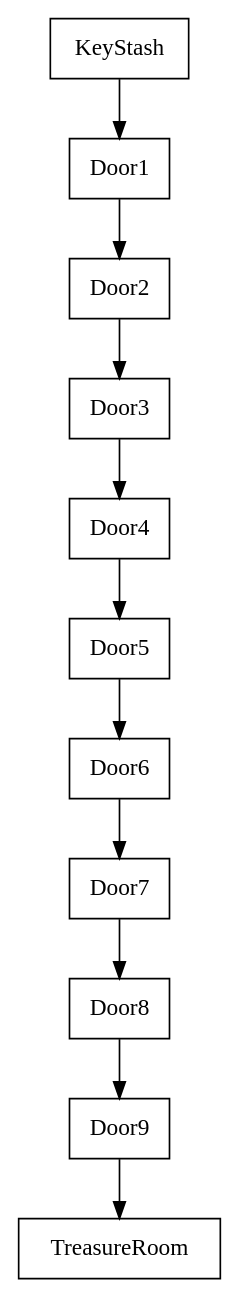
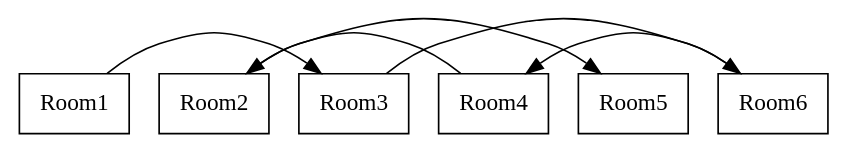
The diagram in skizze.dot (blub123muh/hci), drawn with Graphviz before and after one commit.

Commit message:
skizze.dot

```diff
--- a/skizze.dot
+++ b/skizze.dot
@@ -1,4 +1,6 @@
 digraph g {
-    node[shape=rect]
-    KeyStash -> Door1 -> Door2 -> Door3 -> Door4 -> Door5 -> Door6 -> Door7 -> Door8 -> Door9 -> TreasureRoom;
+    node[shape=rect];
+    rankdir=TB;
+    {rank=same; Room1 -> Room2 -> Room3 -> Room4 -> Room5 -> Room6 [style=invis];}
+    { Room1 -> Room3 -> Room6 -> Room4 -> Room2 -> Room5 [style=filled];}
 }
```
